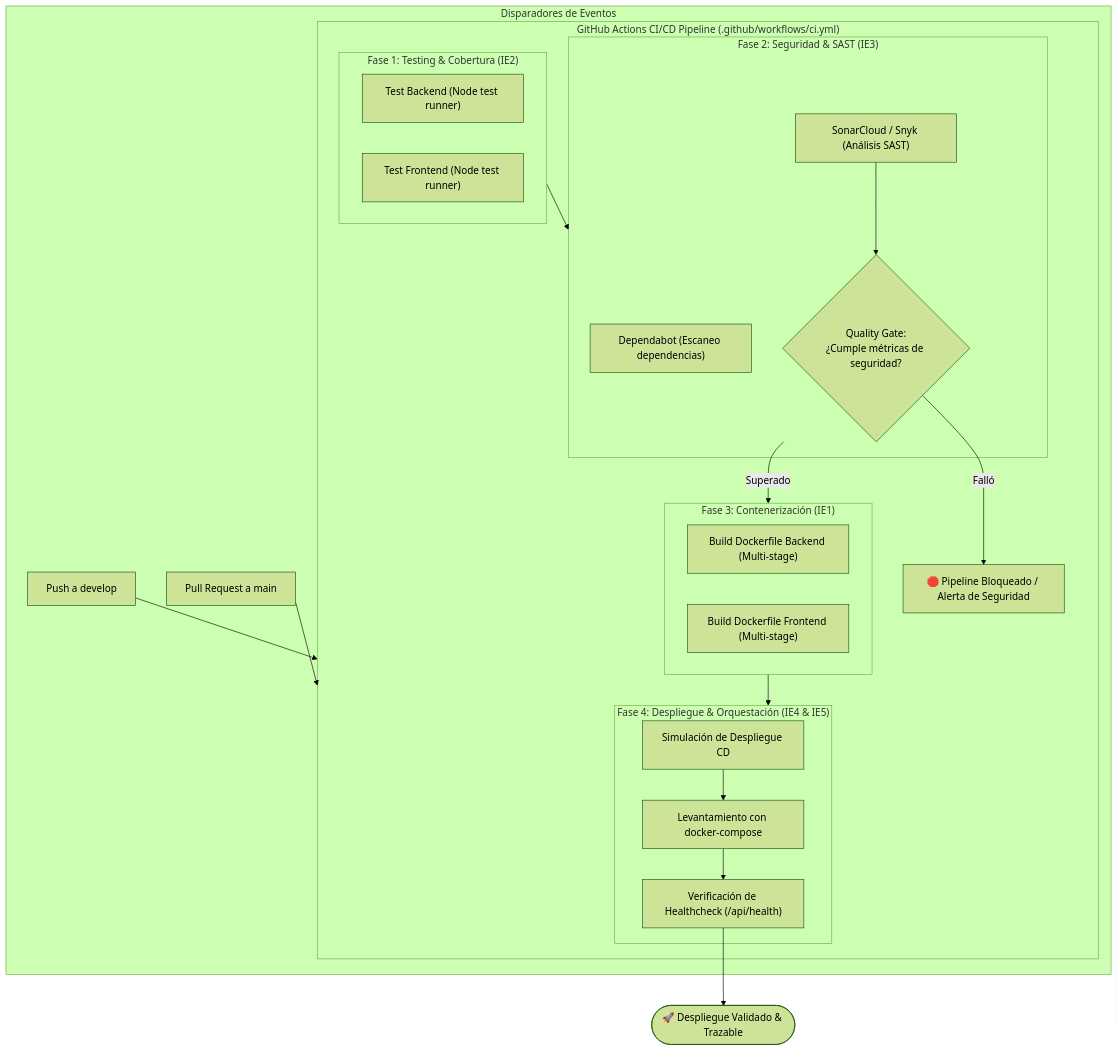
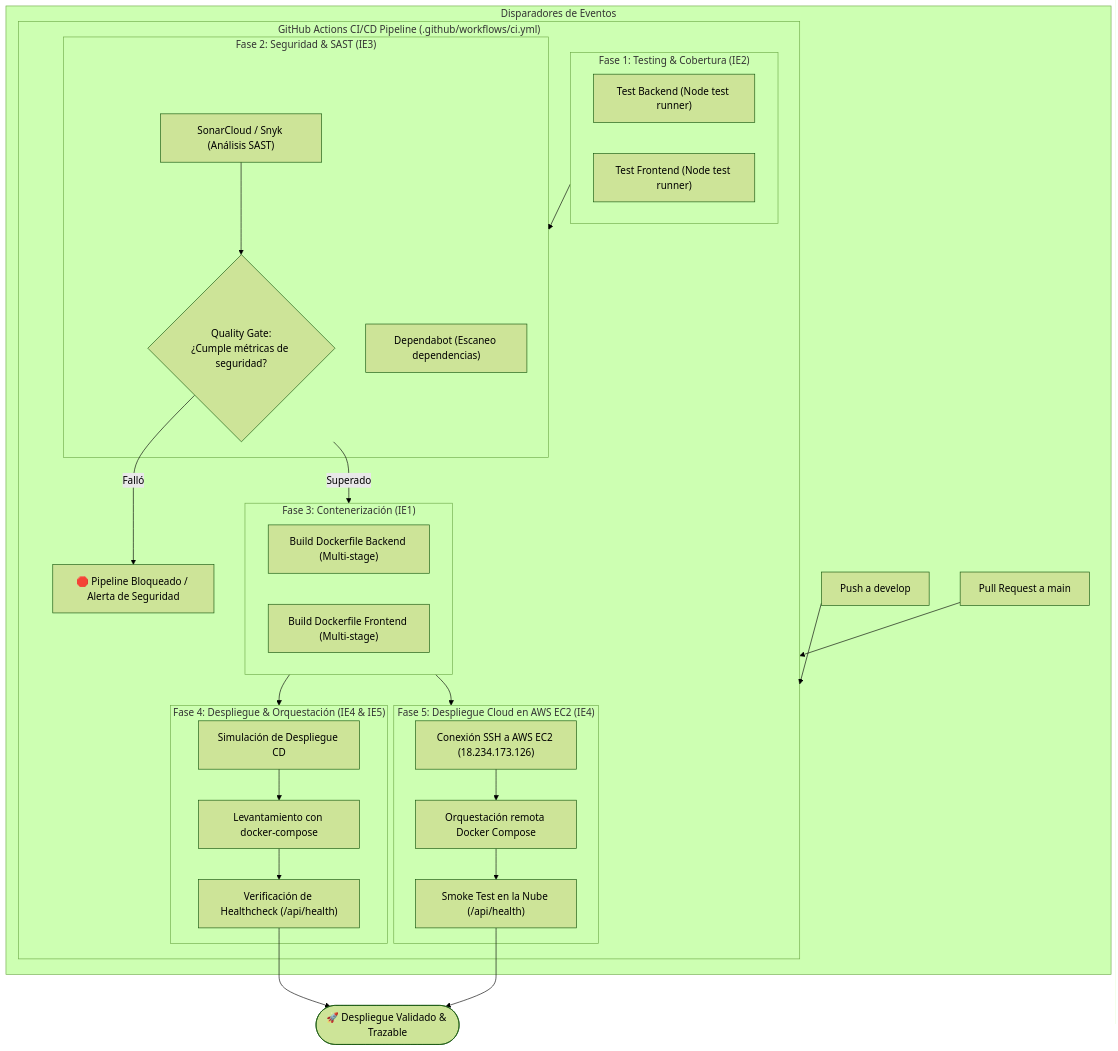
One commit to iTzAsaro/prueba-devops2 changed the diagram in README.md. Above: the diagram before and after it, drawn with Mermaid (forest theme). The commit also changed 2 other files, not shown here.

Commit message:
feat(ci): añadir job de despliegue continuo en la nube AWS EC2 con verificación remota

````diff
--- a/README.md
+++ b/README.md
@@ -39,40 +39,49 @@
 ```mermaid
 flowchart TD
     subgraph Trigger ["Disparadores de Eventos"]
         Push[Push a develop] --> Pipeline
         PR[Pull Request a main] --> Pipeline
     end
 
     subgraph Pipeline ["GitHub Actions CI/CD Pipeline (.github/workflows/ci.yml)"]
         subgraph Stage1 ["Fase 1: Testing & Cobertura (IE2)"]
             T1["Test Backend (Node test runner)"]
             T2["Test Frontend (Node test runner)"]
         end
 
         subgraph Stage2 ["Fase 2: Seguridad & SAST (IE3)"]
             Sec1["Dependabot (Escaneo dependencias)"]
             Sec2["SonarCloud / Snyk (Análisis SAST)"]
             QG{"Quality Gate:\n¿Cumple métricas de seguridad?"}
             Sec2 --> QG
         end
 
         subgraph Stage3 ["Fase 3: Contenerización (IE1)"]
             B1["Build Dockerfile Backend (Multi-stage)"]
             B2["Build Dockerfile Frontend (Multi-stage)"]
         end
 
         subgraph Stage4 ["Fase 4: Despliegue & Orquestación (IE4 & IE5)"]
             CD["Simulación de Despliegue CD"]
             DC["Levantamiento con docker-compose"]
             HC["Verificación de Healthcheck (/api/health)"]
             CD --> DC --> HC
         end
 
+        subgraph Stage5 ["Fase 5: Despliegue Cloud en AWS EC2 (IE4)"]
+            EC2["Conexión SSH a AWS EC2 (18.234.173.126)"]
+            DCC["Orquestación remota Docker Compose"]
+            HCC["Smoke Test en la Nube (/api/health)"]
+            EC2 --> DCC --> HCC
+        end
+
         Stage1 --> Stage2
         QG -- Superado --> Stage3
         QG -- Falló --> Fail["🛑 Pipeline Bloqueado / Alerta de Seguridad"]
         Stage3 --> Stage4
+        Stage3 --> Stage5
     end
 
     HC --> Success(["🚀 Despliegue Validado & Trazable"])
+    HCC --> Success
 ```
````
